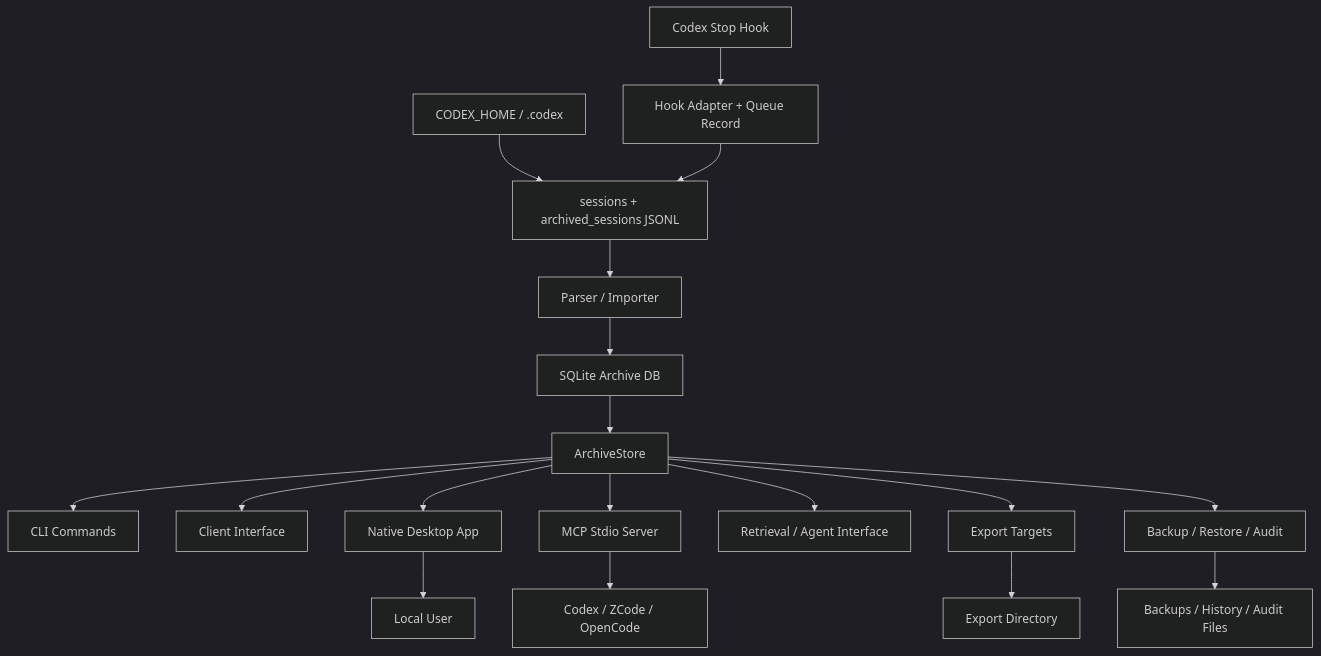
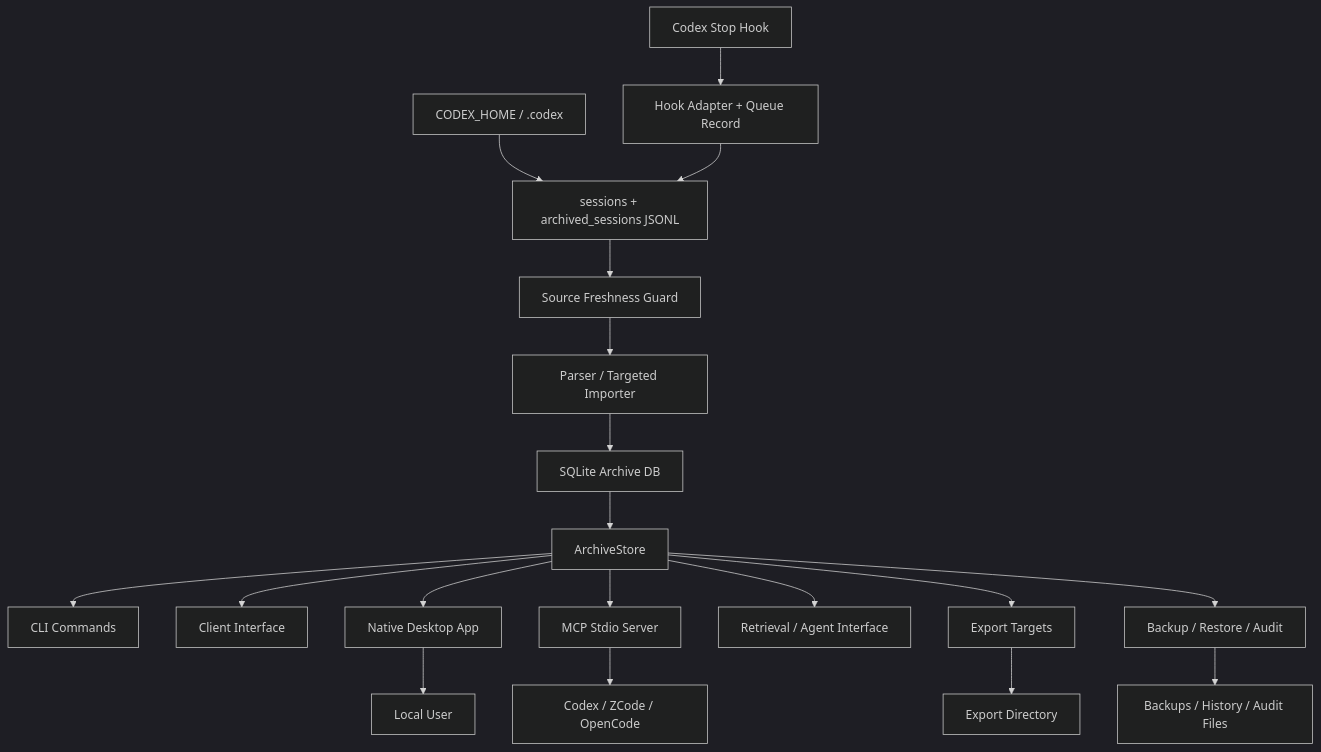
The diagram in docs/ARCHITECTURE.md (Taurusxw/ThreadVault), drawn with Mermaid (dark theme) before and after one commit. The commit also changed other lines of this file and 45 other files, not shown here.

````diff
--- a/docs/ARCHITECTURE.md
+++ b/docs/ARCHITECTURE.md
@@ -41,22 +42,23 @@
 ```mermaid
 flowchart TD
   CodexHome["CODEX_HOME / .codex"] --> TranscriptFiles["sessions + archived_sessions JSONL"]
   CodexStop["Codex Stop Hook"] --> HookAdapter["Hook Adapter + Queue Record"]
   HookAdapter --> TranscriptFiles
-  TranscriptFiles --> Parser["Parser / Importer"]
+  TranscriptFiles --> Freshness["Source Freshness Guard"]
+  Freshness --> Parser["Parser / Targeted Importer"]
   Parser --> DB["SQLite Archive DB"]
   DB --> Store["ArchiveStore"]
 
   Store --> CLI["CLI Commands"]
   Store --> Client["Client Interface"]
   Store --> Desktop["Native Desktop App"]
   Store --> MCP["MCP Stdio Server"]
   Store --> Retrieval["Retrieval / Agent Interface"]
   Store --> Export["Export Targets"]
   Store --> Ops["Backup / Restore / Audit"]
 
   Desktop --> Human["Local User"]
   MCP --> Agents["Codex / ZCode / OpenCode"]
   Export --> Files["Export Directory"]
   Ops --> LocalArtifacts["Backups / History / Audit Files"]
 ```
````
